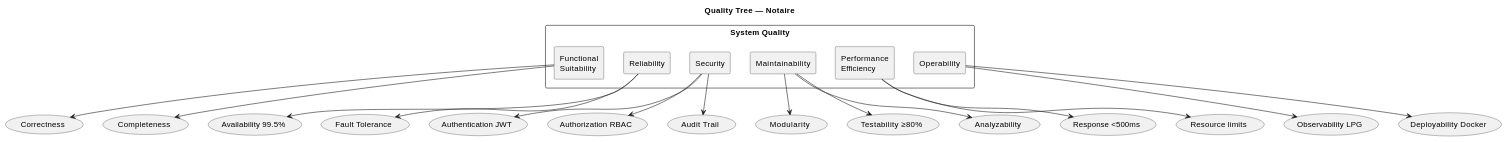
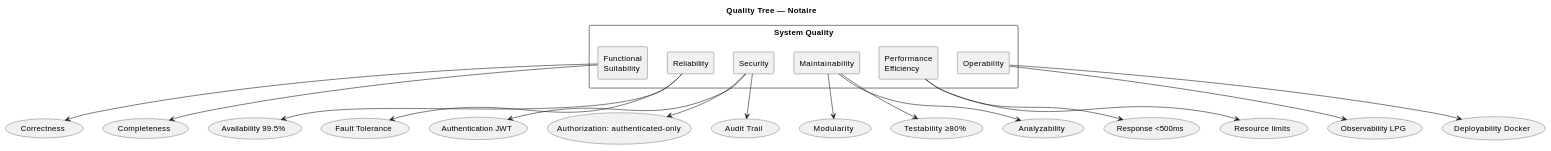
Diagram 14 of 14 in docs/200-architecture/201-SAD/sad.md (matiaspakua/notaire), drawn with PlantUML before and after one commit. The commit also changed other lines of this file and 18 other files, not shown here.

````diff
--- a/docs/200-architecture/201-SAD/sad.md
+++ b/docs/200-architecture/201-SAD/sad.md
@@ -1001,34 +1007,34 @@
 ```plantuml
 @startuml
 title Quality Tree — Notaire
 
 rectangle "System Quality" {
   rectangle "Functional\nSuitability" as FS
   rectangle "Reliability" as R
   rectangle "Security" as S
   rectangle "Maintainability" as M
   rectangle "Performance\nEfficiency" as P
   rectangle "Operability" as O
 }
 
 FS --> (Correctness)
 FS --> (Completeness)
 
 R --> (Availability 99.5%)
 R --> (Fault Tolerance)
 
 S --> (Authentication JWT)
-S --> (Authorization RBAC)
+S --> (Authorization: authenticated-only)
 S --> (Audit Trail)
 
 M --> (Modularity)
 M --> (Testability ≥80%)
 M --> (Analyzability)
 
 P --> (Response <500ms)
 P --> (Resource limits)
 
 O --> (Observability LPG)
 O --> (Deployability Docker)
 @enduml
 ```
````
